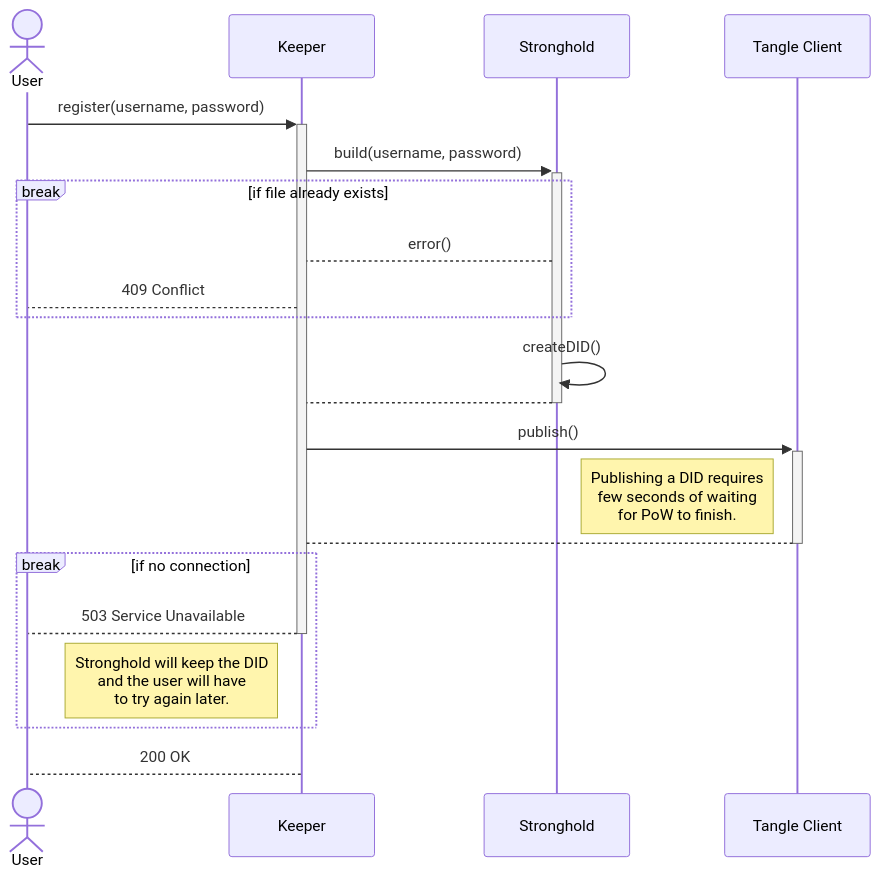
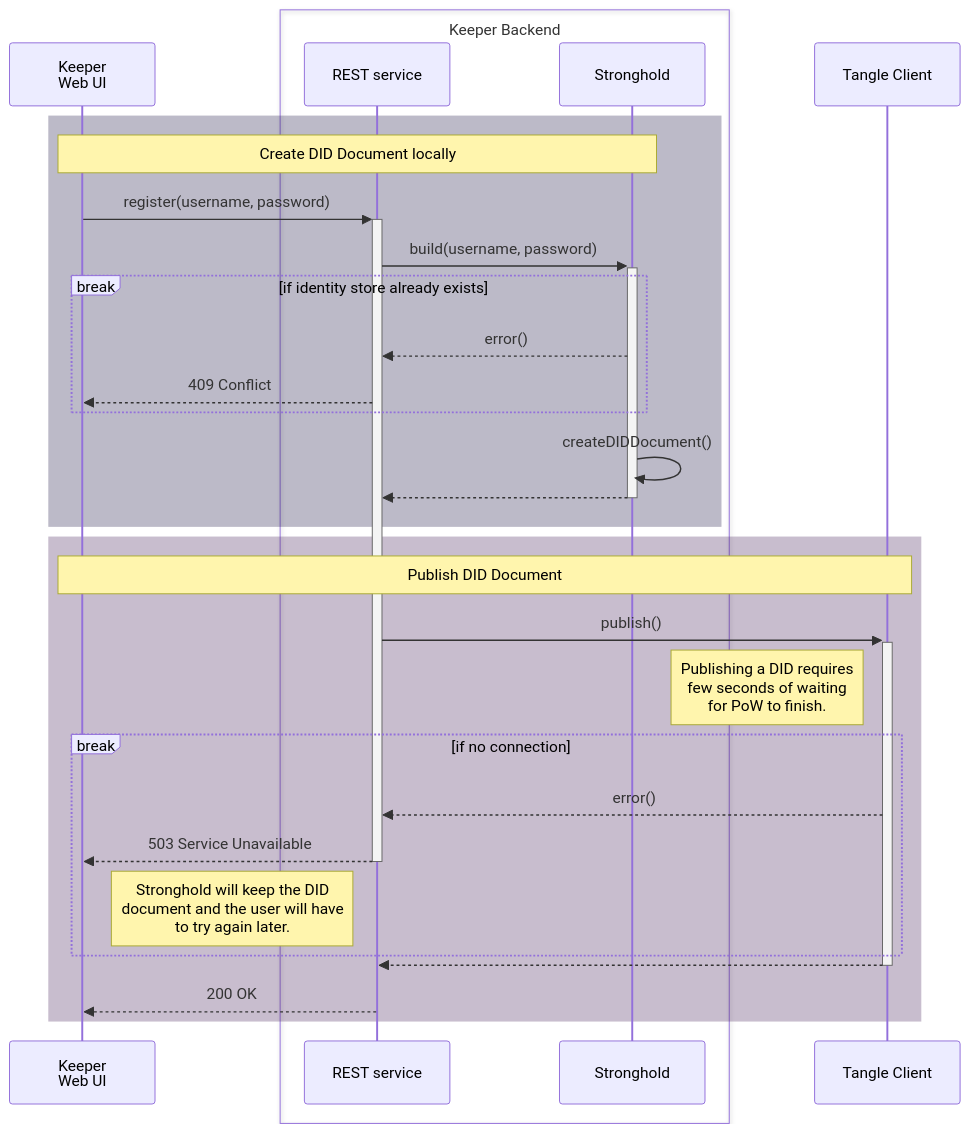
Before and after one commit to kkmarv/IOTA-Digital-Student-ID: the first of 4 diagrams in keeper/README.md, drawn with Mermaid. The commit also changed other lines of this file and 17 other files, not shown here.

````diff
--- a/keeper/README.md
+++ b/keeper/README.md
@@ -13,27 +16,37 @@
 ```mermaid
 %%---
-%%title: User Registration
+%%title: Identity Creation
 %%---
 sequenceDiagram
-    actor U as User
-    participant K as Keeper
-    participant S as Stronghold
+    participant U as Keeper<br>Web UI
+    box Keeper Backend
+        participant K as REST service
+        participant S as Stronghold
+    end
     participant T as Tangle Client
 
-    U->>+K: register(username, password)
-    K->>+S: build(username, password)
-    break if file already exists
-        S-->K: error()
-        K-->U: 409 Conflict
+    rect rgba(34, 28, 75, .3)
+        Note over U,S: Create DID Document locally
+        U->>+K: register(username, password)
+        K->>+S: build(username, password)
+        break if identity store already exists
+            S-->>K: error()
+            K-->>U: 409 Conflict
+        end
+        S->>S: createDIDDocument()
+        S-->>-K: 
     end
-    S->>S: createDID()
-    S-->-K: 
-    K->>+T: publish()
-    Note left of T: Publishing a DID requires <br> few seconds of waiting <br> for PoW to finish.
-    T-->-K: 
-    break if no connection
-        K-->-U: 503 Service Unavailable
-        Note left of K: Stronghold will keep the DID <br> and the user will have <br> to try again later.
+    
+    rect rgba(75, 37, 95, .3)
+        Note over U,T: Publish DID Document
+        K->>+T: publish()
+        Note left of T: Publishing a DID requires <br> few seconds of waiting <br> for PoW to finish.
+        break if no connection
+            T-->>K: error()
+            K-->>-U: 503 Service Unavailable
+            Note left of K: Stronghold will keep the DID <br> document and the user will have <br> to try again later.
+        end
+        T-->>-K: 
+        K-->>U: 200 OK
     end
-    K-->U: 200 OK
 ```
````
